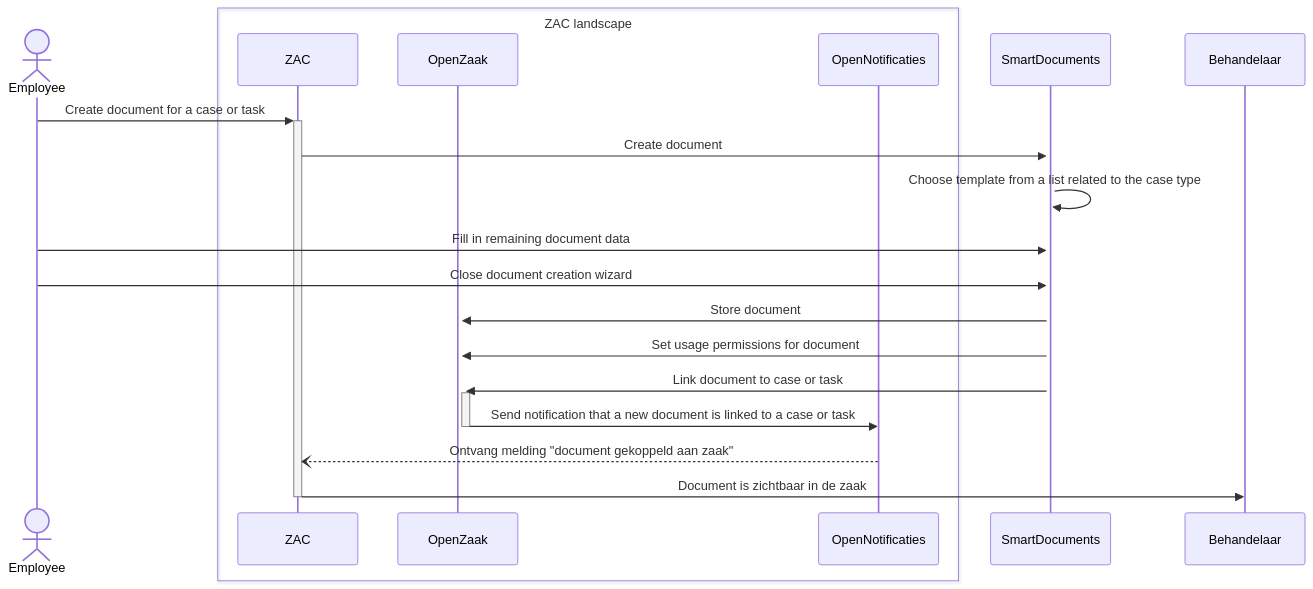
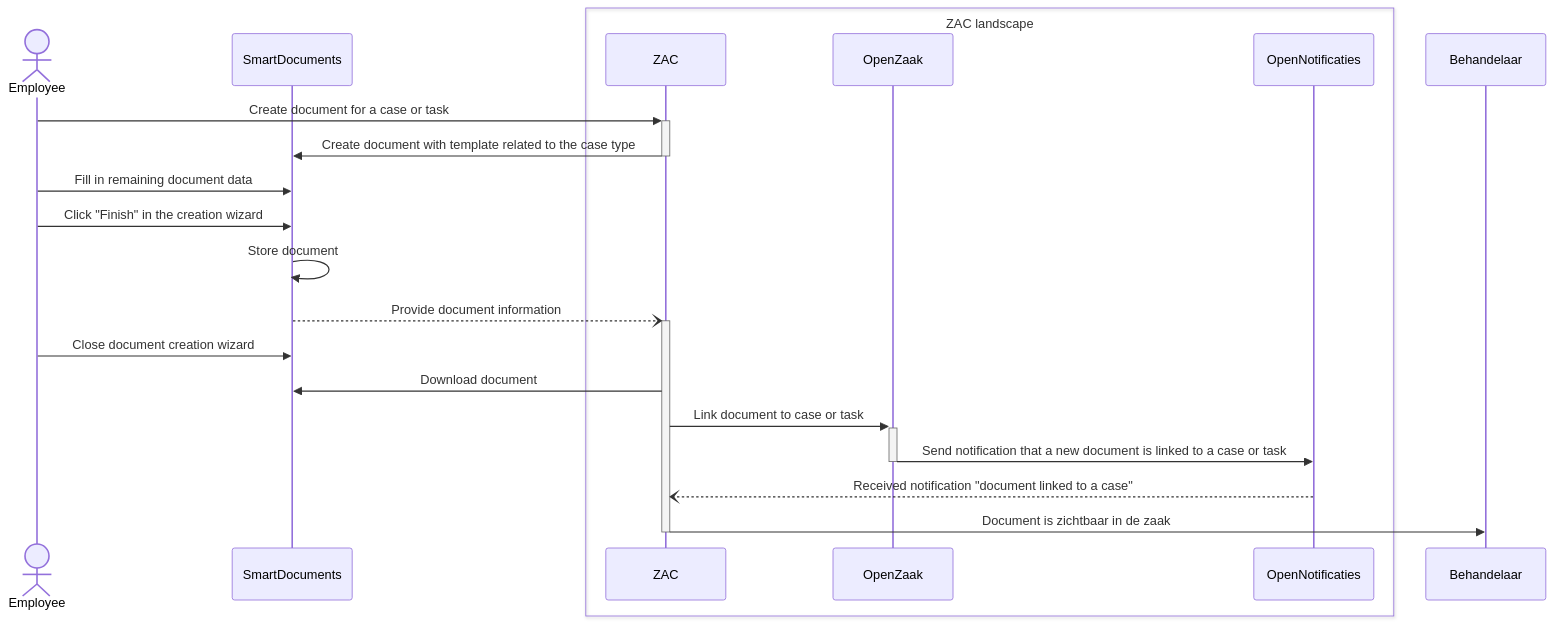
Before and after one commit to infonl/dimpact-zaakafhandelcomponent: the diagram in docs/solution-architecture/smartDocumentsIntegration.md, drawn with Mermaid. The commit also changed other lines of this file and 1 other file, not shown here.

First line of the commit message:
feature: Adapt the SmartDocuments integration documentation (#1728)

````diff
--- a/docs/solution-architecture/smartDocumentsIntegration.md
+++ b/docs/solution-architecture/smartDocumentsIntegration.md
@@ -19,22 +30,26 @@
 ```mermaid
 sequenceDiagram
     actor Employee
+    participant SmartDocuments
     box ZAC landscape
-    participant ZAC
-    participant OpenZaak
-    participant OpenNotificaties
+        participant ZAC
+        participant OpenZaak
+        participant OpenNotificaties
     end
-    participant SmartDocuments
+    
+Employee->>+ZAC: Create document for a case or task
+ZAC->>SmartDocuments: Create document with template related to the case type
+deactivate ZAC 
 
-    Employee->>+ZAC: Create document for a case or task
-    ZAC->>+SmartDocuments: Create document
-    SmartDocuments->>+SmartDocuments: Choose template from a list related to the case type
-    Employee->>+SmartDocuments: Fill in remaining document data
-    Employee->>+SmartDocuments: Close document creation wizard
-    SmartDocuments->>+OpenZaak: Store document
-    SmartDocuments->>+OpenZaak: Set usage permissions for document
-    SmartDocuments->>+OpenZaak: Link document to case or task
-    OpenZaak->>-OpenNotificaties: Send notification that a new document is linked to a case or task
-    OpenNotificaties--)ZAC: Ontvang melding "document gekoppeld aan zaak"
-    ZAC->>-Behandelaar: Document is zichtbaar in de zaak
+Employee->>SmartDocuments: Fill in remaining document data
+Employee->>SmartDocuments: Click "Finish" in the creation wizard
+SmartDocuments->>SmartDocuments: Store document
+SmartDocuments--)+ZAC: Provide document information
+Employee->>SmartDocuments: Close document creation wizard
+
+ZAC->>SmartDocuments: Download document
+ZAC->>+OpenZaak: Link document to case or task
+OpenZaak->>-OpenNotificaties: Send notification that a new document is linked to a case or task
+OpenNotificaties--)ZAC: Received notification "document linked to a case"
+ZAC->>-Behandelaar: Document is zichtbaar in de zaak
 ```
````
